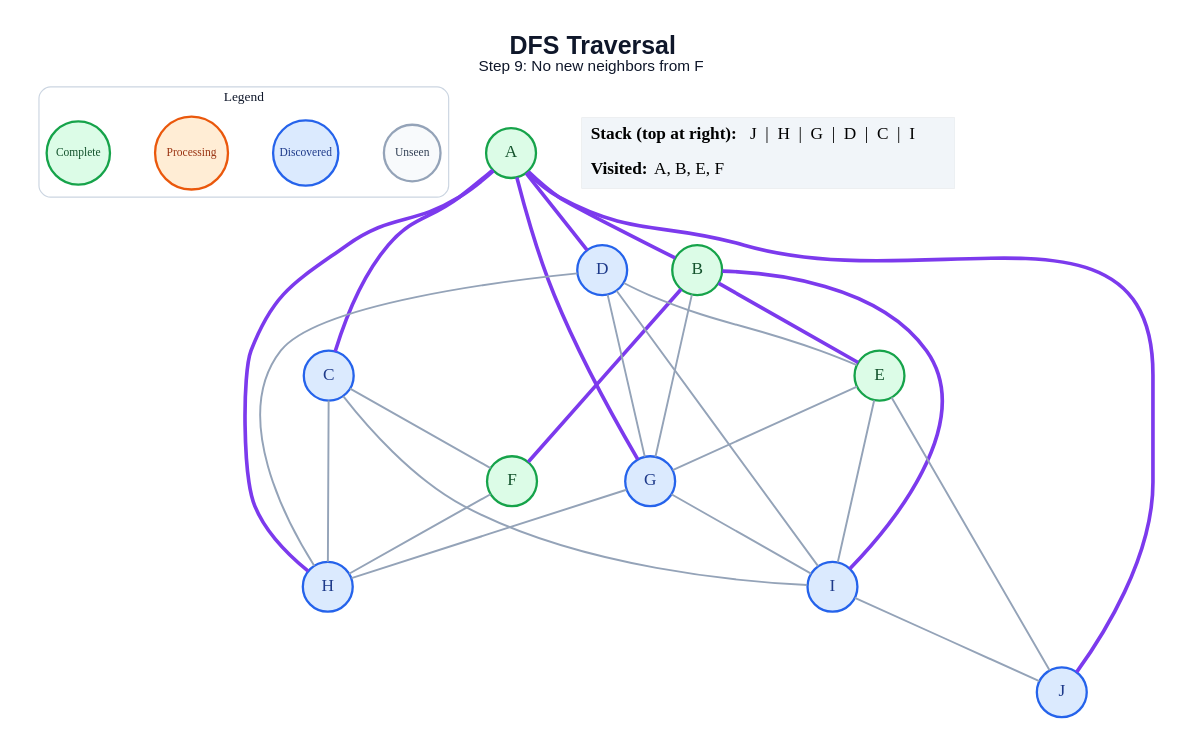
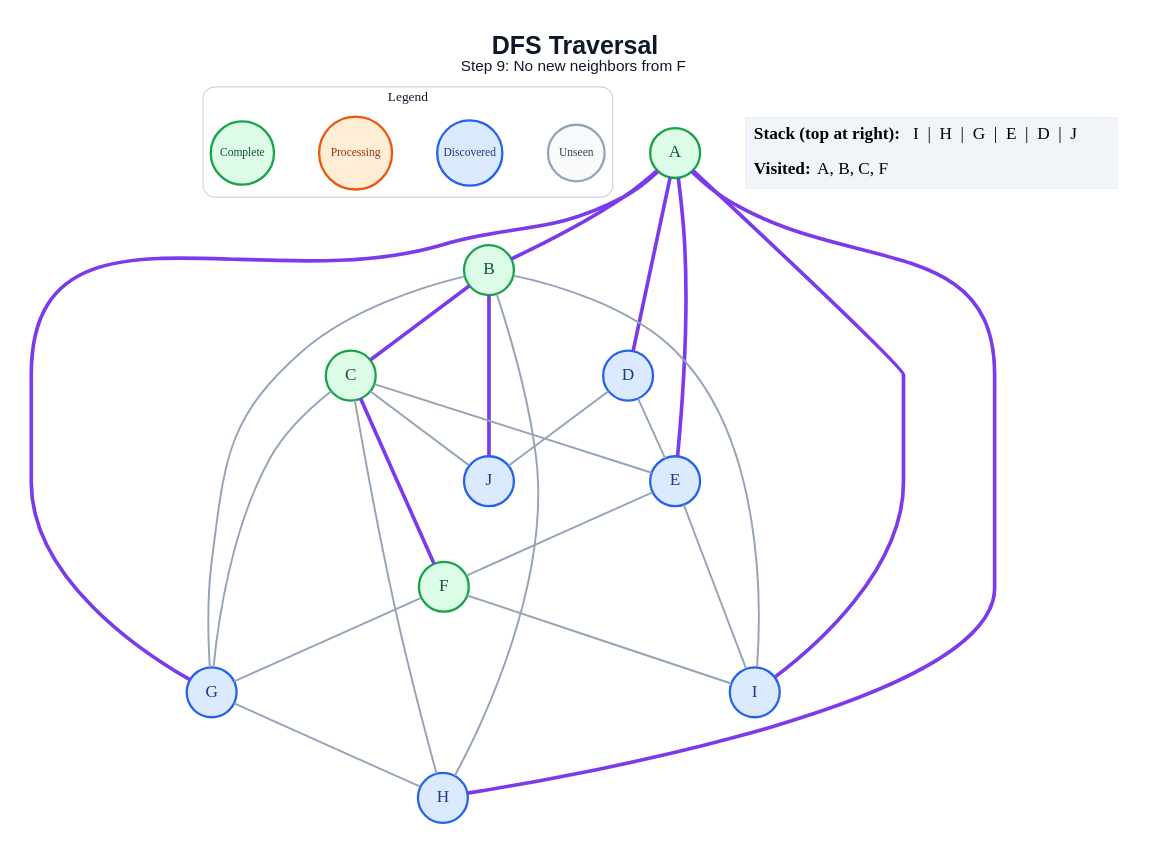
The diagram in generated/dfs/step_09.dot (amanghodawala9/ai-slop), drawn with Graphviz before and after one commit. The commit also changed 178 other files, not shown here.

```diff
--- a/generated/dfs/step_09.dot
+++ b/generated/dfs/step_09.dot
@@ -1,53 +1,52 @@
 graph traversal {
   graph [layout=dot, rankdir=TB, bgcolor="#FFFFFF", pad="0.35", nodesep="0.65", ranksep="0.8", fontname="Arial"];
   node [shape=circle, style="filled", fontname="Arial Bold", fontsize=18, width=0.72, fixedsize=true, penwidth=2.4];
   edge [color="#94A3B8", penwidth=2.0];
   label=<<B>DFS Traversal</B><BR/><FONT POINT-SIZE="16">Step 9: No new neighbors from F</FONT>>; labelloc="t"; fontsize=26; fontname="Arial"; fontcolor="#0F172A";
   subgraph cluster_legend { label="Legend"; color="#CBD5E1"; penwidth=1.2; style="rounded"; fontsize=14; fontname="Arial Bold";
     key_unseen [label="Unseen", fillcolor="#F8FAFC", color="#94A3B8", fontcolor="#334155", fontsize=12, width=0.82];
     key_frontier [label="Discovered", fillcolor="#DBEAFE", color="#2563EB", fontcolor="#1E3A8A", fontsize=12, width=0.95];
     key_current [label="Processing", fillcolor="#FFEDD5", color="#EA580C", fontcolor="#9A3412", fontsize=12, width=1.05];
     key_done [label="Complete", fillcolor="#DCFCE7", color="#16A34A", fontcolor="#14532D", fontsize=12, width=0.92];
     { rank=same; key_unseen; key_frontier; key_current; key_done; }
   }
   A [fillcolor="#DCFCE7", color="#16A34A", fontcolor="#14532D"];
   B [fillcolor="#DCFCE7", color="#16A34A", fontcolor="#14532D"];
-  C [fillcolor="#DBEAFE", color="#2563EB", fontcolor="#1E3A8A"];
+  C [fillcolor="#DCFCE7", color="#16A34A", fontcolor="#14532D"];
   D [fillcolor="#DBEAFE", color="#2563EB", fontcolor="#1E3A8A"];
-  E [fillcolor="#DCFCE7", color="#16A34A", fontcolor="#14532D"];
+  E [fillcolor="#DBEAFE", color="#2563EB", fontcolor="#1E3A8A"];
   F [fillcolor="#DCFCE7", color="#16A34A", fontcolor="#14532D"];
   G [fillcolor="#DBEAFE", color="#2563EB", fontcolor="#1E3A8A"];
   H [fillcolor="#DBEAFE", color="#2563EB", fontcolor="#1E3A8A"];
   I [fillcolor="#DBEAFE", color="#2563EB", fontcolor="#1E3A8A"];
   J [fillcolor="#DBEAFE", color="#2563EB", fontcolor="#1E3A8A"];
   A -- B [color="#7C3AED", penwidth=3.8];
-  A -- C [color="#7C3AED", penwidth=3.8];
   A -- D [color="#7C3AED", penwidth=3.8];
+  A -- E [color="#7C3AED", penwidth=3.8];
   A -- G [color="#7C3AED", penwidth=3.8];
   A -- H [color="#7C3AED", penwidth=3.8];
-  A -- J [color="#7C3AED", penwidth=3.8];
-  B -- E [color="#7C3AED", penwidth=3.8];
-  B -- F [color="#7C3AED", penwidth=3.8];
+  A -- I [color="#7C3AED", penwidth=3.8];
+  B -- C [color="#7C3AED", penwidth=3.8];
   B -- G;
-  B -- I [color="#7C3AED", penwidth=3.8];
-  C -- F;
+  B -- H;
+  B -- I;
+  B -- J [color="#7C3AED", penwidth=3.8];
+  C -- E;
+  C -- F [color="#7C3AED", penwidth=3.8];
+  C -- G;
   C -- H;
-  C -- I;
+  C -- J;
   D -- E;
-  D -- G;
-  D -- H;
-  D -- I;
-  E -- G;
+  D -- J;
+  E -- F;
   E -- I;
-  E -- J;
-  F -- H;
+  F -- G;
+  F -- I;
   G -- H;
-  G -- I;
-  I -- J;
   status [shape=plain, fixedsize=false, width=0, height=0, margin=0, label=<
     <TABLE BORDER="0" CELLBORDER="0" CELLPADDING="7" BGCOLOR="#F1F5F9">
-      <TR><TD ALIGN="LEFT"><B>Stack (top at right):</B> J  |  H  |  G  |  D  |  C  |  I</TD></TR>
-      <TR><TD ALIGN="LEFT"><B>Visited:</B> A, B, E, F</TD></TR>
+      <TR><TD ALIGN="LEFT"><B>Stack (top at right):</B> I  |  H  |  G  |  E  |  D  |  J</TD></TR>
+      <TR><TD ALIGN="LEFT"><B>Visited:</B> A, B, C, F</TD></TR>
     </TABLE>
   >];
 }
```
